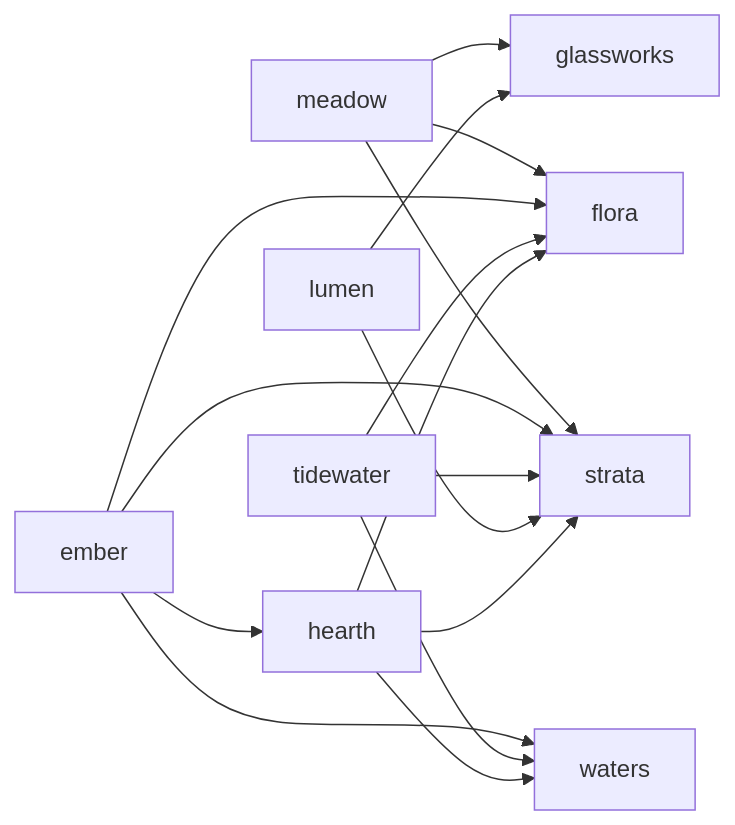
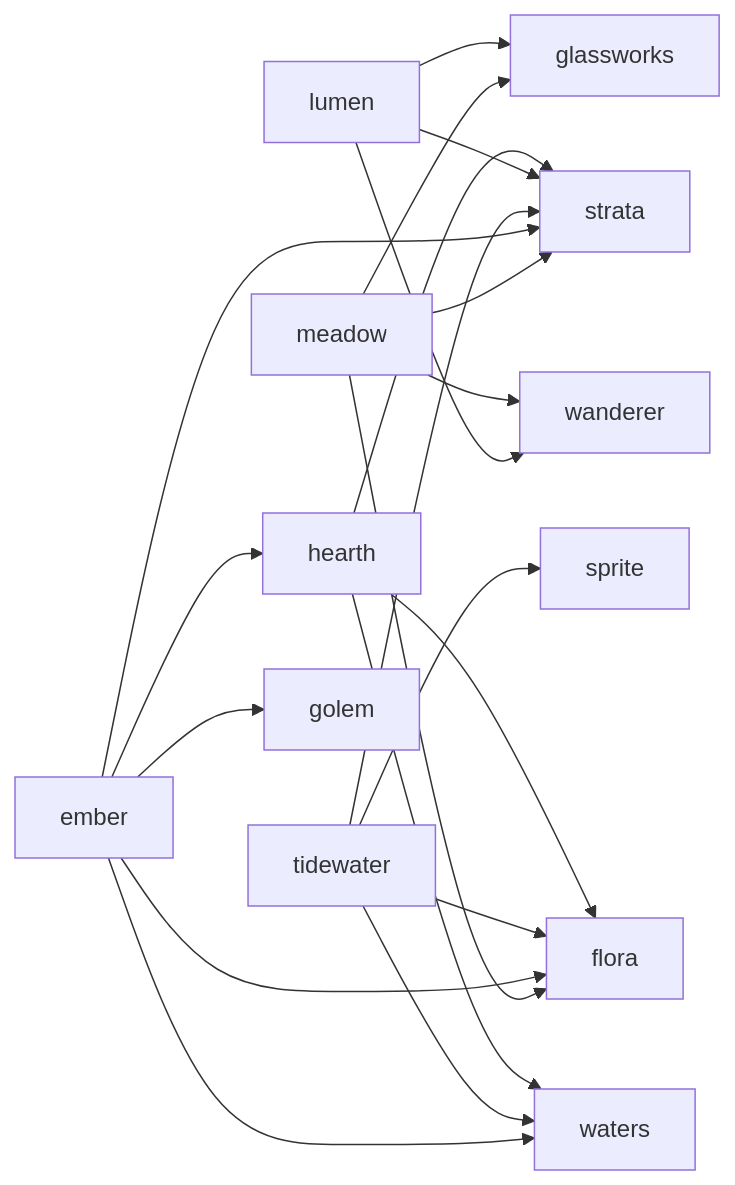
One commit to mkappworks-dev/tesserae changed the diagram in docs/demo-games.md. Above: the diagram before and after it, drawn with Mermaid. The commit also changed other lines of this file and 40 other files, not shown here.

````diff
--- a/docs/demo-games.md
+++ b/docs/demo-games.md
@@ -52,18 +55,22 @@
 ```mermaid
 graph LR
   meadow --> strata
   meadow --> flora
   meadow --> glassworks
   ember --> strata
   ember --> waters
   ember --> flora
   ember --> hearth
   tidewater --> strata
   tidewater --> waters
   tidewater --> flora
   lumen --> strata
   lumen --> glassworks
+  lumen --> wanderer
+  meadow --> wanderer
+  ember --> golem
+  tidewater --> sprite
   hearth --> strata
   hearth --> waters
   hearth --> flora
 ```
````
